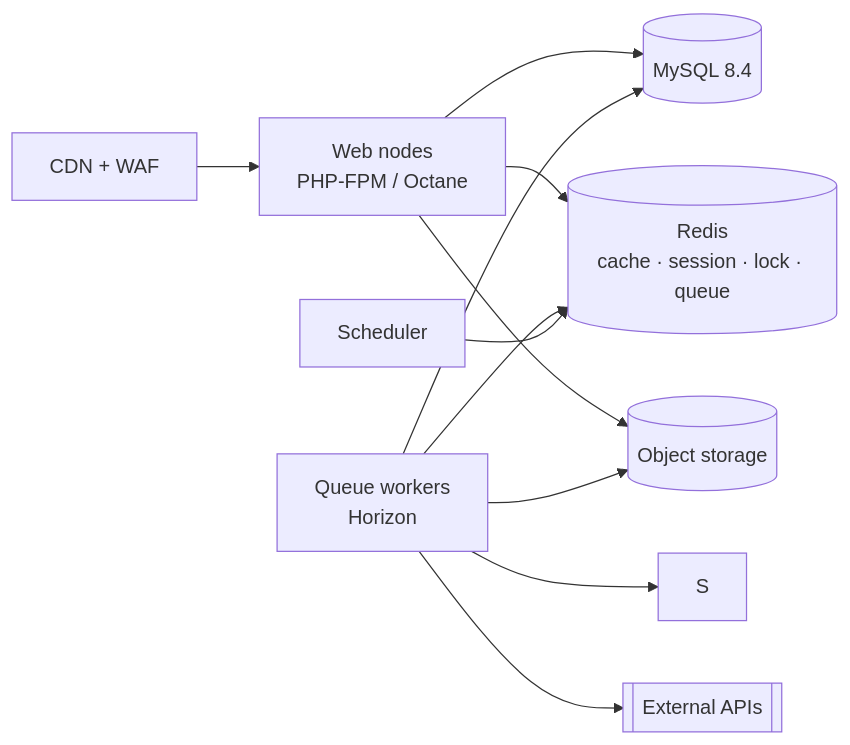
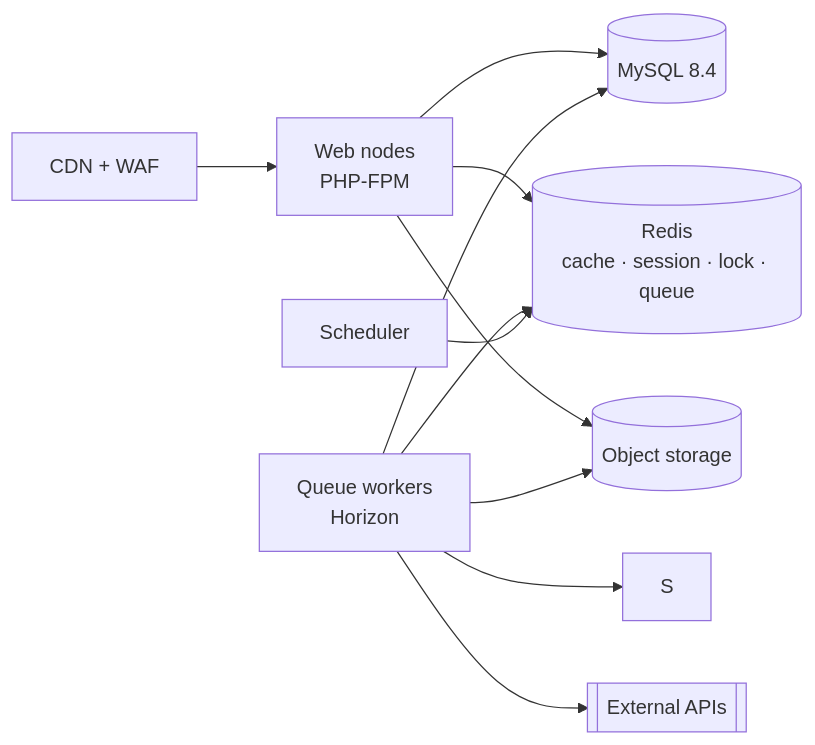
The second of 3 diagrams in docs/02-architecture/overview.md (ptdat97/vanishop), drawn with Mermaid before and after one commit. The commit also changed 2 other files, not shown here.

Commit message:
docs: dự án không dùng Laravel Octane (PHP-FPM)

````diff
--- a/docs/02-architecture/overview.md
+++ b/docs/02-architecture/overview.md
@@ -49,10 +49,10 @@
 ```mermaid
 flowchart LR
-    CDN[CDN + WAF] --> WEB[Web nodes<br/>PHP-FPM / Octane]
+    CDN[CDN + WAF] --> WEB[Web nodes<br/>PHP-FPM]
     WEB --> DB[(MySQL 8.4)]
     WEB --> R[(Redis<br/>cache · session · lock · queue)]
     WEB --> OBJ[(Object storage)]
     WK[Queue workers<br/>Horizon] --> DB & R & S & OBJ
     WK --> EXT[[External APIs]]
     SCH[Scheduler] --> R
 ```
````
